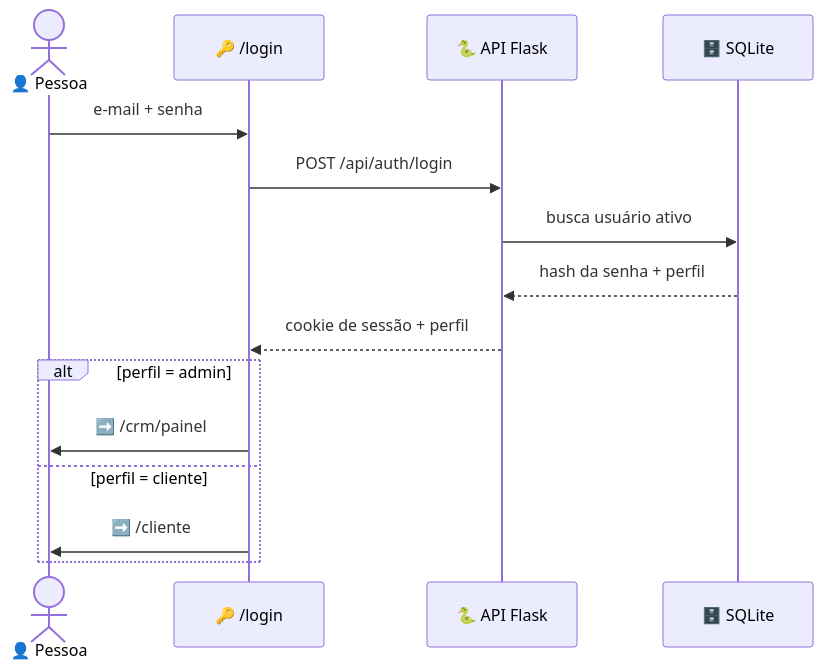
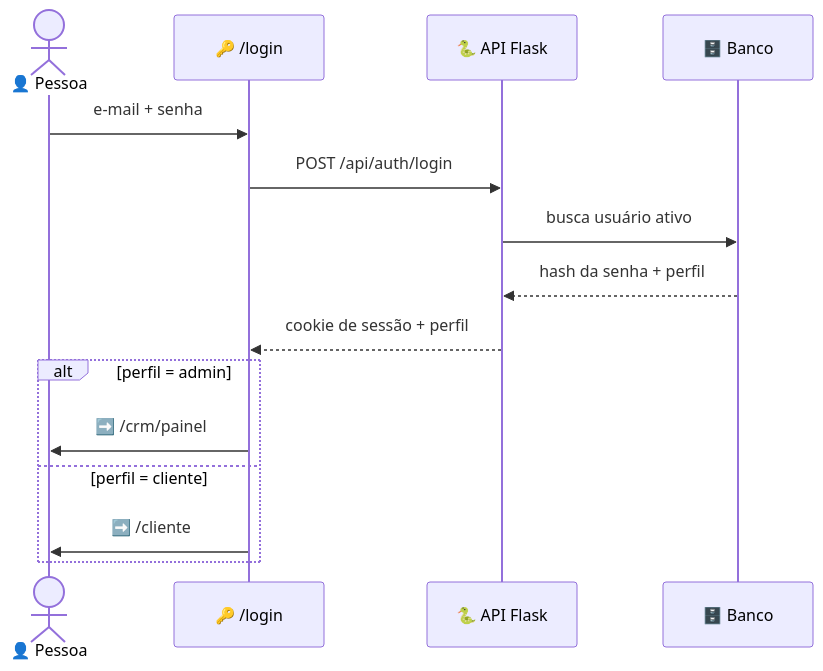
One commit to FelipeRobinson/ajnaterapias changed the third of 5 diagrams in README.md. Above: the diagram before and after it, drawn with Mermaid. The commit also changed other lines of this file and 32 other files, not shown here.

````diff
--- a/README.md
+++ b/README.md
@@ -199,17 +201,17 @@
 ```mermaid
 sequenceDiagram
     actor P as 👤 Pessoa
     participant L as 🔑 /login
     participant A as 🐍 API Flask
-    participant D as 🗄️ SQLite
+    participant D as 🗄️ Banco
     P->>L: e-mail + senha
     L->>A: POST /api/auth/login
     A->>D: busca usuário ativo
     D-->>A: hash da senha + perfil
     A-->>L: cookie de sessão + perfil
     alt perfil = admin
         L->>P: ➡️ /crm/painel
     else perfil = cliente
         L->>P: ➡️ /cliente
     end
 ```
````
